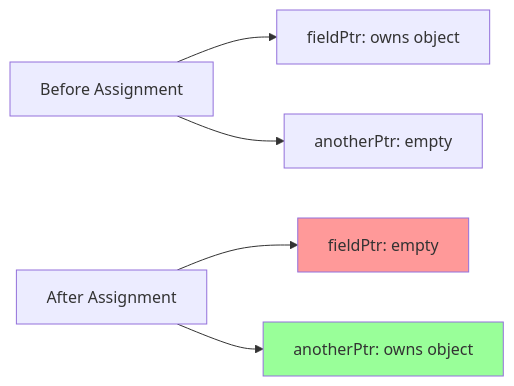
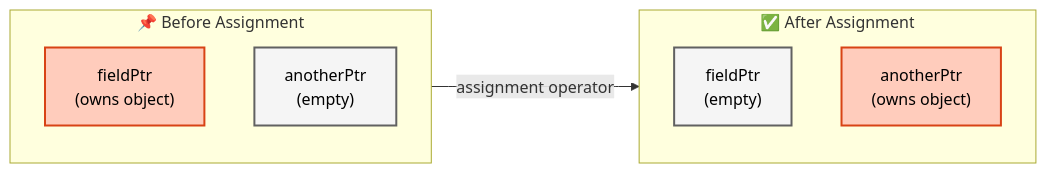
The third of 3 diagrams in MODULE_05_OPENFOAM_PROGRAMMING/CONTENT/01_FOUNDATION_PRIMITIVES/07_Exercises.md (wramet/build-my-cfd), drawn with Mermaid before and after one commit. The commit also changed other lines of this file and 313 other files, not shown here.

Commit message:
Revise all diagram

````diff
--- a/MODULE_05_OPENFOAM_PROGRAMMING/CONTENT/01_FOUNDATION_PRIMITIVES/07_Exercises.md
+++ b/MODULE_05_OPENFOAM_PROGRAMMING/CONTENT/01_FOUNDATION_PRIMITIVES/07_Exercises.md
@@ -266,11 +284,19 @@
 ```mermaid
 flowchart LR
-    A[Before Assignment] --> B[fieldPtr: owns object]
-    A --> C[anotherPtr: empty]
+%% Classes
+classDef explicit fill:#ffccbc,stroke:#d84315,stroke-width:2px,color:#000
+classDef implicit fill:#e3f2fd,stroke:#1565c0,stroke-width:2px,color:#000
+classDef context fill:#f5f5f5,stroke:#616161,stroke-width:2px,color:#000
 
-    D[After Assignment] --> E[fieldPtr: empty]
-    D --> F[anotherPtr: owns object]
+subgraph Before["📌 Before Assignment"]
+    B["fieldPtr<br/>(owns object)"]:::explicit
+    C["anotherPtr<br/>(empty)"]:::context
+end
 
-    style E fill:#f99
-    style F fill:#9f9
+subgraph After["✅ After Assignment"]
+    E["fieldPtr<br/>(empty)"]:::context
+    F["anotherPtr<br/>(owns object)"]:::explicit
+end
+
+Before -->|"assignment operator"| After
 ```
````
